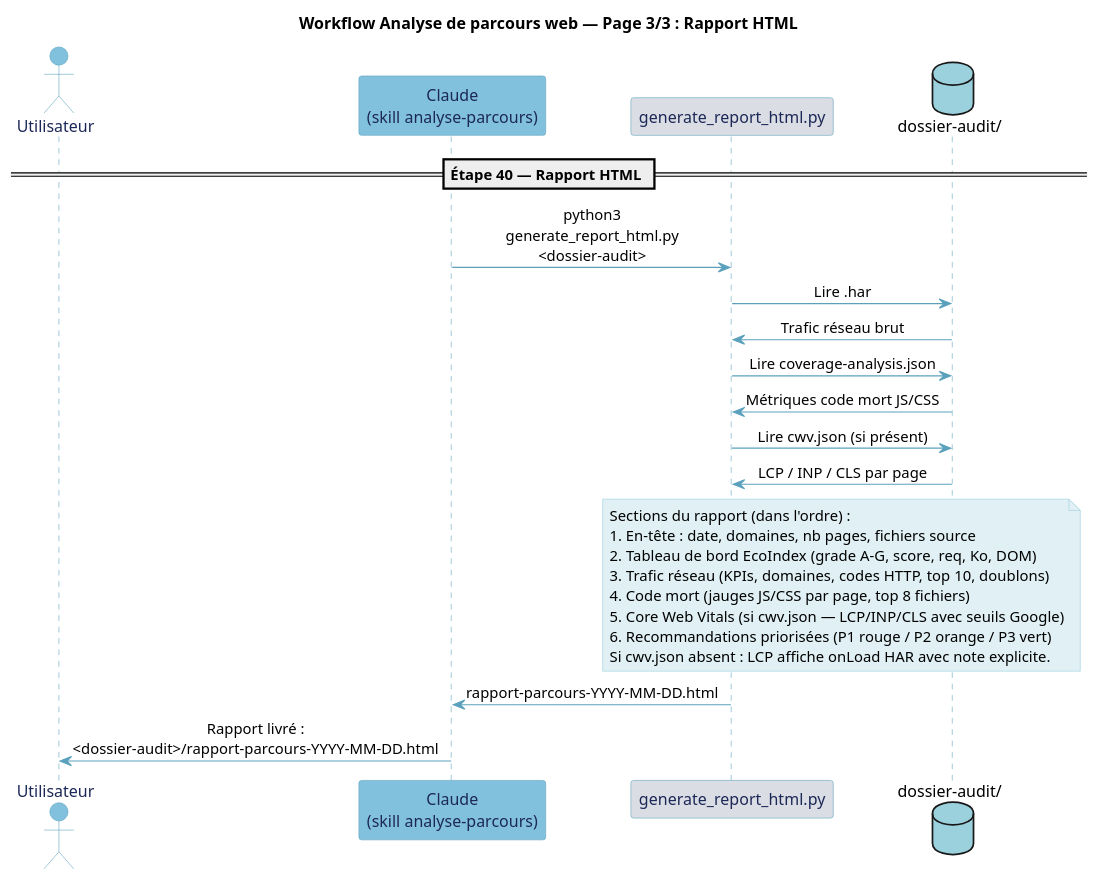
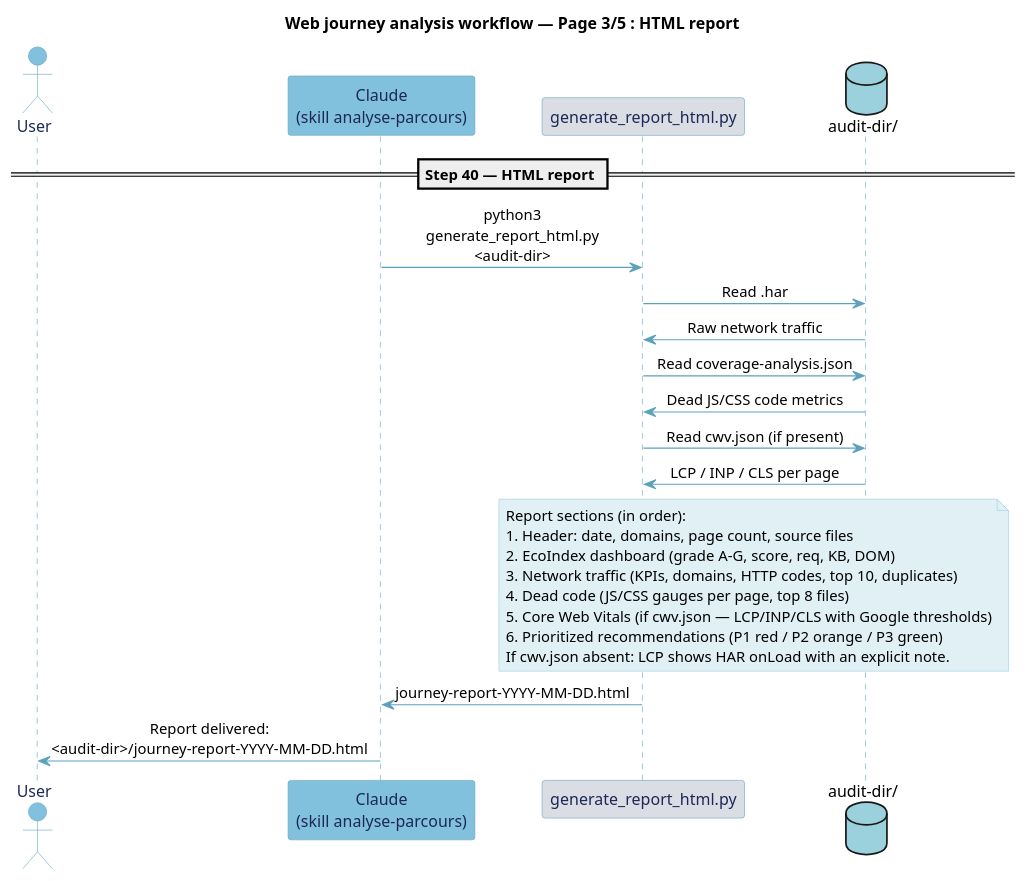
Before and after one commit to Boavizta/eroom: the third of 7 diagrams in .claude/skills/diagrammes-analyse-parcours/SKILL.md, drawn with PlantUML. The commit also changed other lines of this file and 228 other files, not shown here.

````diff
--- a/.claude/skills/diagrammes-analyse-parcours/SKILL.md
+++ b/.claude/skills/diagrammes-analyse-parcours/SKILL.md
@@ -317,56 +319,56 @@
 ```plantuml
 @startuml analyse-parcours-p3
-title Workflow Analyse de parcours web — Page 3/3 : Rapport HTML
+title Web journey analysis workflow — Page 3/5 : HTML report
 
 skinparam backgroundColor #FFFFFF
 skinparam participant {
   BackgroundColor #E0F0F4
   BorderColor #5BA1BC
   FontColor #1C2856
 }
 skinparam actor {
   BackgroundColor #E0F0F4
   BorderColor #5BA1BC
   FontColor #1C2856
 }
 skinparam ArrowColor #5BA1BC
 skinparam SequenceLifeLineBorderColor #5BA1BC
 skinparam SequenceGroupBodyBackgroundColor #ECECF2
 skinparam SequenceGroupBorderColor #5BA1BC
 skinparam NoteBackgroundColor #E0F0F4
 skinparam NoteBorderColor #9BD0DD
 skinparam sequenceMessageAlign center
 skinparam maxMessageSize 200
 skinparam responseMessageBelowArrow true
 
-actor "Utilisateur" as U #82C1DD
+actor "User" as U #82C1DD
 participant "Claude\n(skill analyse-parcours)" as C #82C1DD
 participant "generate_report_html.py" as GR #DBDDE5
-database "dossier-audit/" as FS #9BD0DD
+database "audit-dir/" as FS #9BD0DD
 
-== Étape 40 — Rapport HTML ==
+== Step 40 — HTML report ==
 
-C -> GR : python3 generate_report_html.py <dossier-audit>
-GR -> FS : Lire .har
-FS -> GR : Trafic réseau brut
-GR -> FS : Lire coverage-analysis.json
-FS -> GR : Métriques code mort JS/CSS
-GR -> FS : Lire cwv.json (si présent)
-FS -> GR : LCP / INP / CLS par page
+C -> GR : python3 generate_report_html.py <audit-dir>
+GR -> FS : Read .har
+FS -> GR : Raw network traffic
+GR -> FS : Read coverage-analysis.json
+FS -> GR : Dead JS/CSS code metrics
+GR -> FS : Read cwv.json (if present)
+FS -> GR : LCP / INP / CLS per page
 
 note over GR, FS
-  Sections du rapport (dans l'ordre) :
-  1. En-tête : date, domaines, nb pages, fichiers source
-  2. Tableau de bord EcoIndex (grade A-G, score, req, Ko, DOM)
-  3. Trafic réseau (KPIs, domaines, codes HTTP, top 10, doublons)
-  4. Code mort (jauges JS/CSS par page, top 8 fichiers)
-  5. Core Web Vitals (si cwv.json — LCP/INP/CLS avec seuils Google)
-  6. Recommandations priorisées (P1 rouge / P2 orange / P3 vert)
-  Si cwv.json absent : LCP affiche onLoad HAR avec note explicite.
+  Report sections (in order):
+  1. Header: date, domains, page count, source files
+  2. EcoIndex dashboard (grade A-G, score, req, KB, DOM)
+  3. Network traffic (KPIs, domains, HTTP codes, top 10, duplicates)
+  4. Dead code (JS/CSS gauges per page, top 8 files)
+  5. Core Web Vitals (if cwv.json — LCP/INP/CLS with Google thresholds)
+  6. Prioritized recommendations (P1 red / P2 orange / P3 green)
+  If cwv.json absent: LCP shows HAR onLoad with an explicit note.
 end note
 
-GR -> C : rapport-parcours-YYYY-MM-DD.html
-C -> U : Rapport livré :\n<dossier-audit>/rapport-parcours-YYYY-MM-DD.html
+GR -> C : journey-report-YYYY-MM-DD.html
+C -> U : Report delivered:\n<audit-dir>/journey-report-YYYY-MM-DD.html
 
 @enduml
 ```
````
